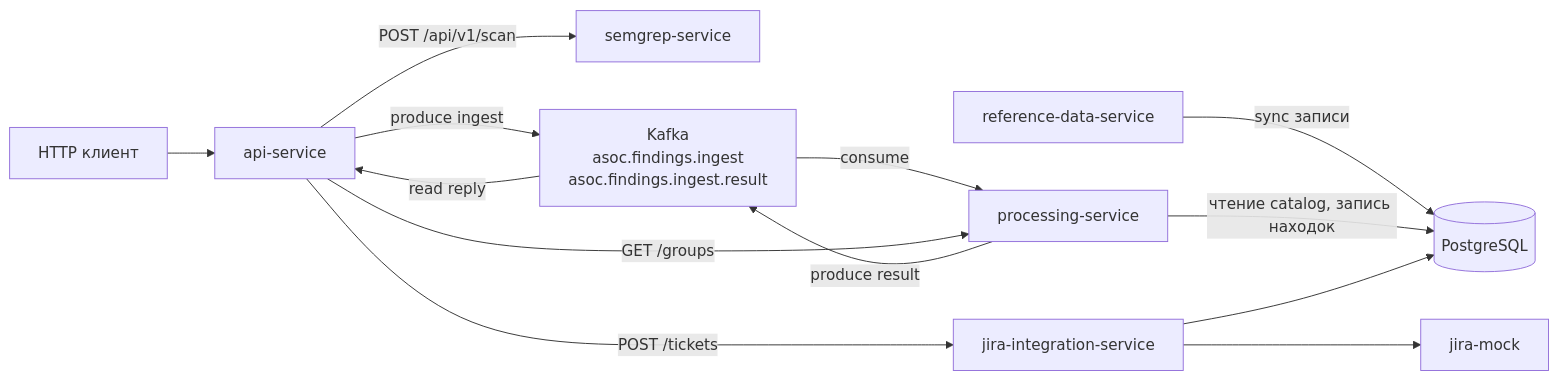
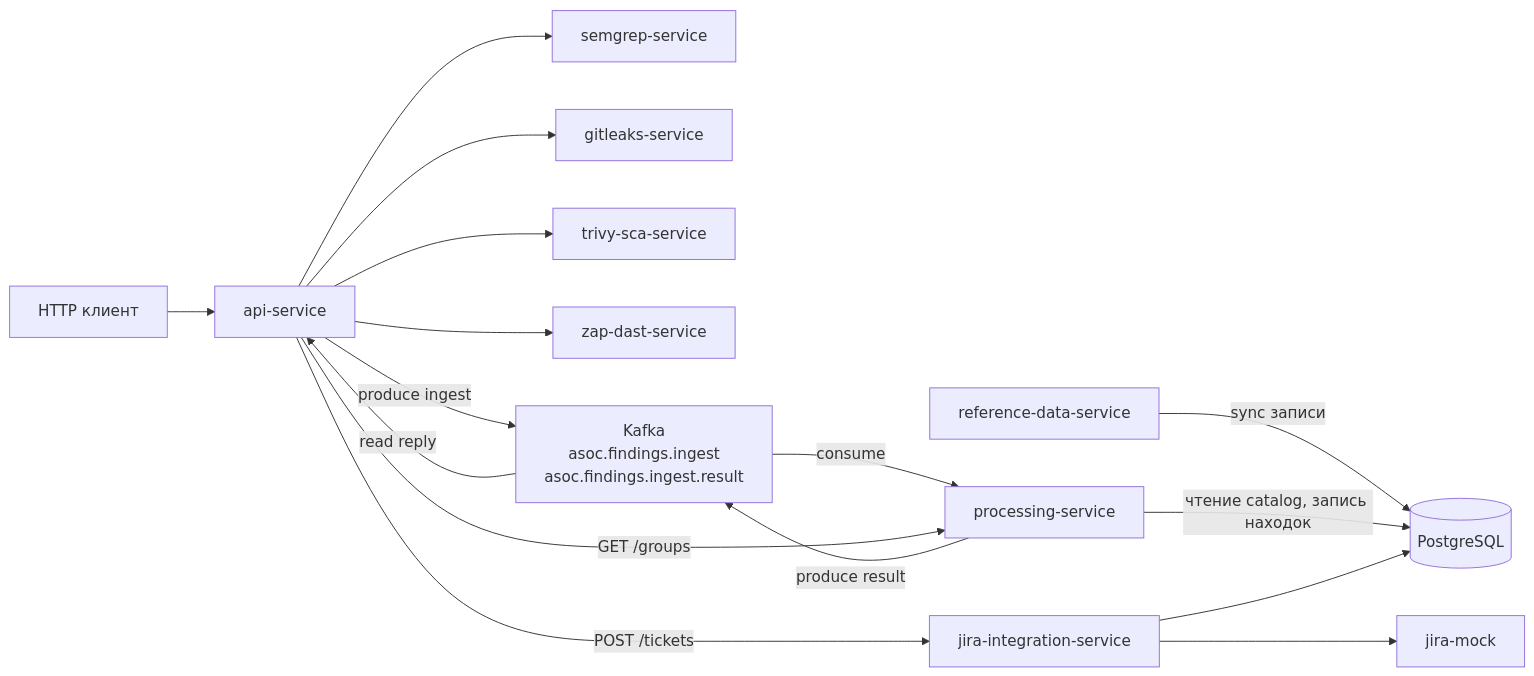
One commit to tkhananiev/mephi_vkr_asoc changed the diagram in docs/diagrams/kafka_app_flow.mmd. Above: the diagram before and after it, drawn with Mermaid. The commit also changed 132 other files, not shown here.

```diff
--- a/docs/diagrams/kafka_app_flow.mmd
+++ b/docs/diagrams/kafka_app_flow.mmd
@@ -1,27 +1,33 @@
 %% Поток с Kafka для ingest находок (compose с APP_KAFKA_BROKERS).
-%% Сканирование Semgrep: по умолчанию WebGoat (APP_DEFAULT_* у api-service), см. demo/scan-targets/README.md
+%% Сканирование: semgrep | gitleaks | trivy-sca | zap-dast через api-service.
 %% Рендер: Mermaid в VS Code / GitHub / diagrams.net (import)
 
 flowchart LR
   Client[HTTP клиент]
   API[api-service]
   SG[semgrep-service]
+  GL[gitleaks-service]
+  TV[trivy-sca-service]
+  ZP[zap-dast-service]
   K[Kafka<br/>asoc.findings.ingest<br/>asoc.findings.ingest.result]
   PR[processing-service]
   RD[reference-data-service]
   JI[jira-integration-service]
   JM[jira-mock]
   DB[(PostgreSQL)]
 
   Client --> API
-  API -->|POST /api/v1/scan| SG
+  API --> SG
+  API --> GL
+  API --> TV
+  API --> ZP
   API -->|produce ingest| K
   K -->|consume| PR
   PR -->|produce result| K
   K -->|read reply| API
   API -->|GET /groups| PR
   RD -->|sync записи| DB
   PR -->|чтение catalog, запись находок| DB
   API -->|POST /tickets| JI
   JI --> JM
   JI --> DB
```
